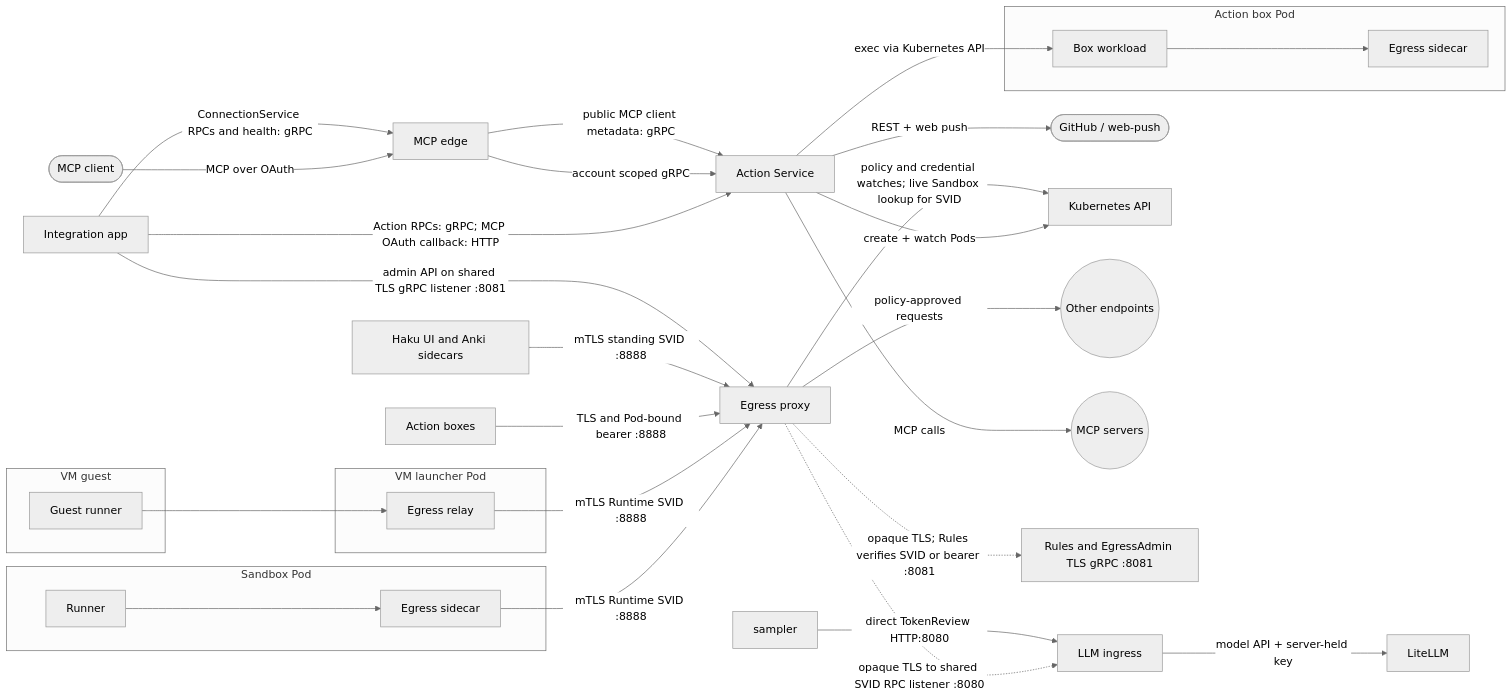
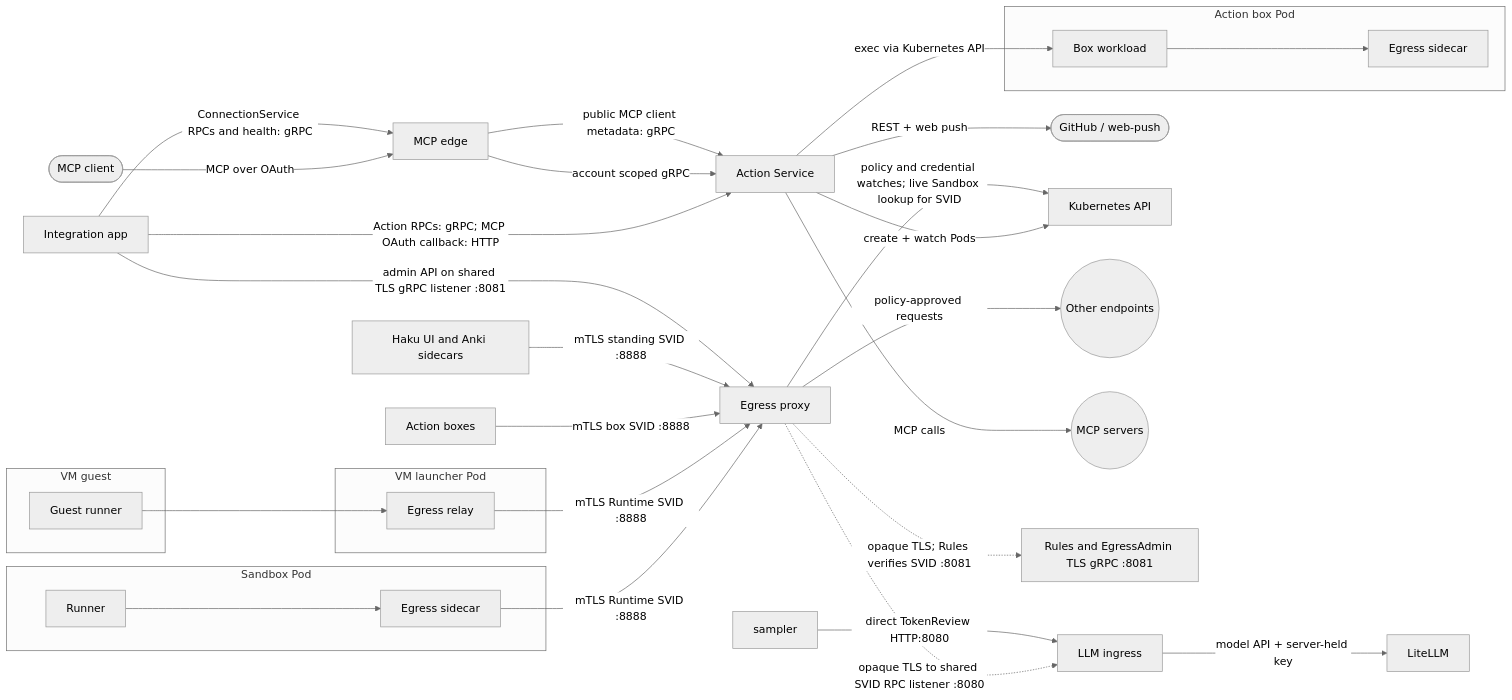
Before and after one commit to agentydragon/ducktape: the ninth of 9 diagrams in agentplane/docs/system_overview.md, drawn with Mermaid (neutral theme). The commit also changed other lines of this file and 46 other files, not shown here.

First line of the commit message:
agentplane egress: remove the forward listener's bearer hop

````diff
--- a/agentplane/docs/system_overview.md
+++ b/agentplane/docs/system_overview.md
@@ -547,50 +547,50 @@
 ```mermaid
 flowchart LR
     mcp_client([MCP client])
     github([GitHub / web-push])
     app[Integration app]
     actions[Action Service]
     edge[MCP edge]
     k8s[Kubernetes API]
     subgraph box[Action box Pod]
         workload[Box workload]
         box_sidecar[Egress sidecar]
     end
     subgraph sandbox[Sandbox Pod]
         runner[Runner]
         sidecar[Egress sidecar]
     end
     subgraph vm_guest[VM guest]
         guest[Guest runner]
     end
     subgraph vm_pod[VM launcher Pod]
         relay[Egress relay]
     end
     egress[Egress proxy]
     llm[LLM ingress]
     litellm[LiteLLM]
     other((Other endpoints))
     mcp_servers((MCP servers))
 
     mcp_client -->|MCP over OAuth| edge
     app -->|Action RPCs: gRPC; MCP OAuth callback: HTTP| actions
     app -->|ConnectionService RPCs and health: gRPC| edge
     edge -->|account scoped gRPC| actions
     edge -->|public MCP client metadata: gRPC| actions
     actions -->|create + watch Pods| k8s
     actions -->|exec via Kubernetes API| workload
     workload --> box_sidecar
     runner --> sidecar -->|mTLS Runtime SVID :8888| egress
     guest --> relay -->|mTLS Runtime SVID :8888| egress
-    nonSandbox[Action boxes] -->|TLS and Pod-bound bearer :8888| egress
+    nonSandbox[Action boxes] -->|mTLS box SVID :8888| egress
     standing[Haku UI and Anki sidecars] -->|mTLS standing SVID :8888| egress
     app -->|admin API on shared TLS gRPC listener :8081| egress
     egress -->|policy and credential watches; live Sandbox lookup for SVID| k8s
     egress -->|policy-approved requests| other
-    egress -.->|opaque TLS; Rules verifies SVID or bearer :8081| rules[Rules and EgressAdmin TLS gRPC :8081]
+    egress -.->|opaque TLS; Rules verifies SVID :8081| rules[Rules and EgressAdmin TLS gRPC :8081]
     egress -.->|opaque TLS to shared SVID RPC listener :8080| llm
     sampler -->|direct TokenReview HTTP:8080| llm
     llm -->|model API + server-held key| litellm
     actions -->|MCP calls| mcp_servers
     actions -->|REST + web push| github
 ```
````
